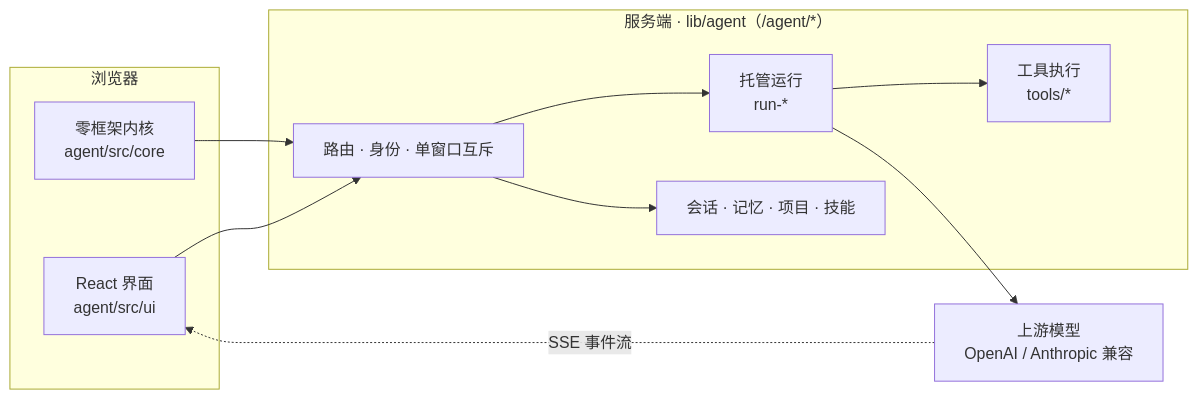
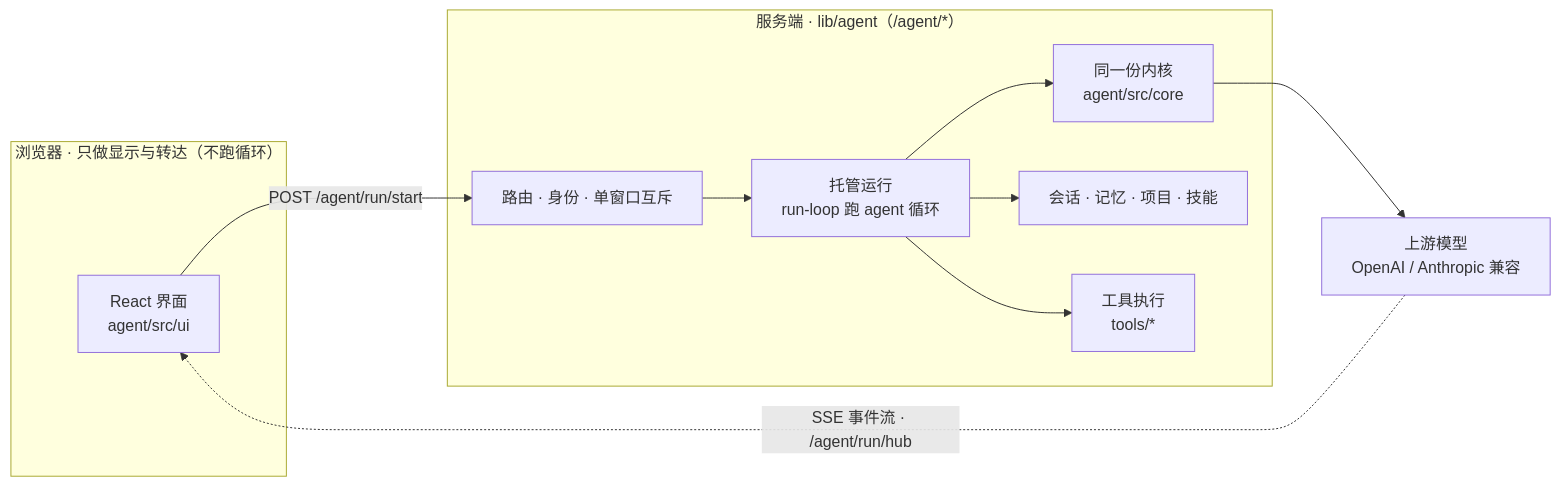
Before and after one commit to youlikeorange/wenming-agent: the diagram in README.md, drawn with Mermaid. The commit also changed other lines of this file and 1 other file, not shown here.

Commit message:
docs: 订正架构描述——一轮对话只有托管运行一种跑法
原文「两种跑法：本地循环（core/agent.js 在浏览器里跑）+ 托管运行」是 2026-09-30 之前的旧形态；
此后 send() 只走 POST /agent/run/start，core/agent.js 的唯一调用方是服务端 run-loop.js。
- 架构图重画：浏览器「只做显示与转达（不跑循环）」，内核画在服务端一侧
- 写清浏览器侧仅剩的两类单次上游请求：拉取模型清单、手动压缩
- 层表内核一行补「由服务端装载运行」
- CHANGELOG 记 v2.2.1（纯文档订正，代码未动）

````diff
--- a/README.md
+++ b/README.md
@@ -96,21 +98,21 @@
 ```mermaid
 flowchart LR
-  subgraph B["浏览器"]
+  subgraph B["浏览器 · 只做显示与转达（不跑循环）"]
     UI["React 界面<br/>agent/src/ui"]
-    Core["零框架内核<br/>agent/src/core"]
   end
   subgraph S["服务端 · lib/agent（/agent/*）"]
     Router["路由 · 身份 · 单窗口互斥"]
-    Run["托管运行<br/>run-*"]
+    Run["托管运行<br/>run-loop 跑 agent 循环"]
+    Core["同一份内核<br/>agent/src/core"]
     Store["会话 · 记忆 · 项目 · 技能"]
     Tools["工具执行<br/>tools/*"]
   end
   Model["上游模型<br/>OpenAI / Anthropic 兼容"]
-  UI --> Router
-  Core --> Router
+  UI -->|"POST /agent/run/start"| Router
   Router --> Run
-  Router --> Store
+  Run --> Core
   Run --> Tools
-  Run --> Model
-  Model -.->|SSE 事件流| UI
+  Run --> Store
+  Core --> Model
+  Model -.->|"SSE 事件流 · /agent/run/hub"| UI
 ```
````
